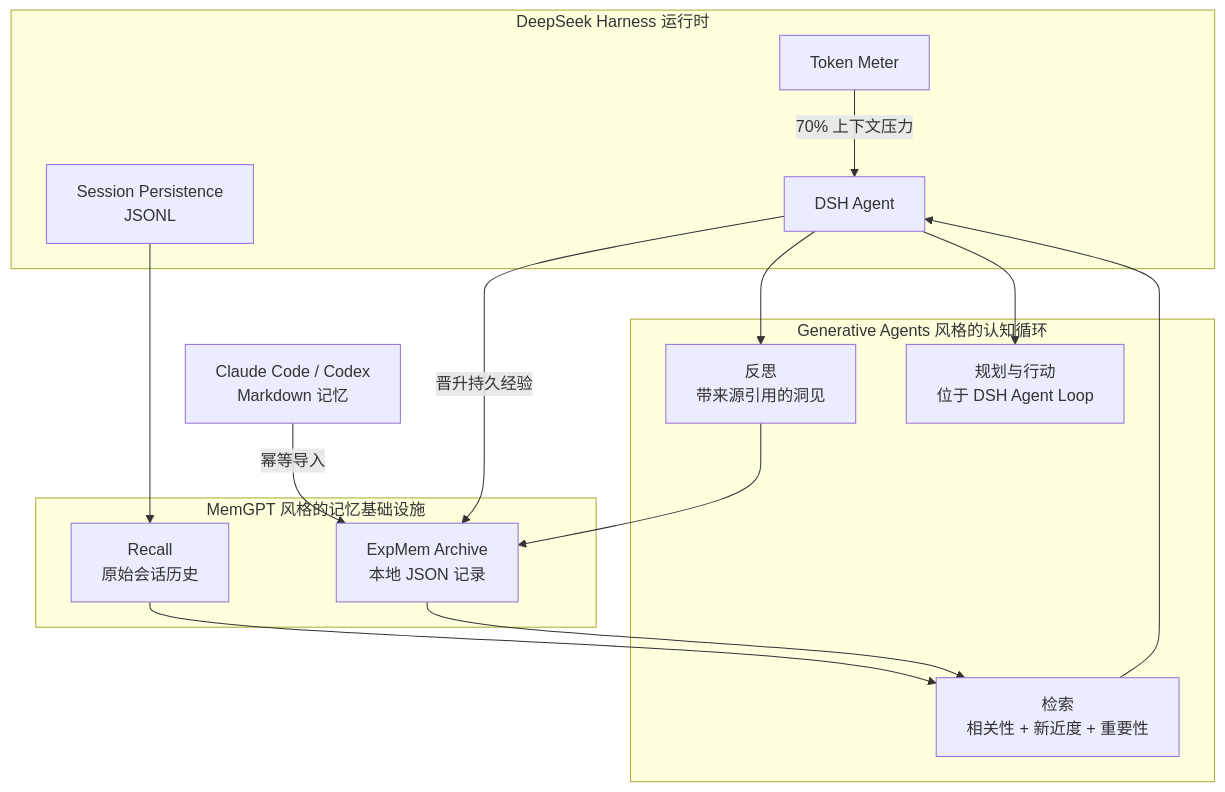
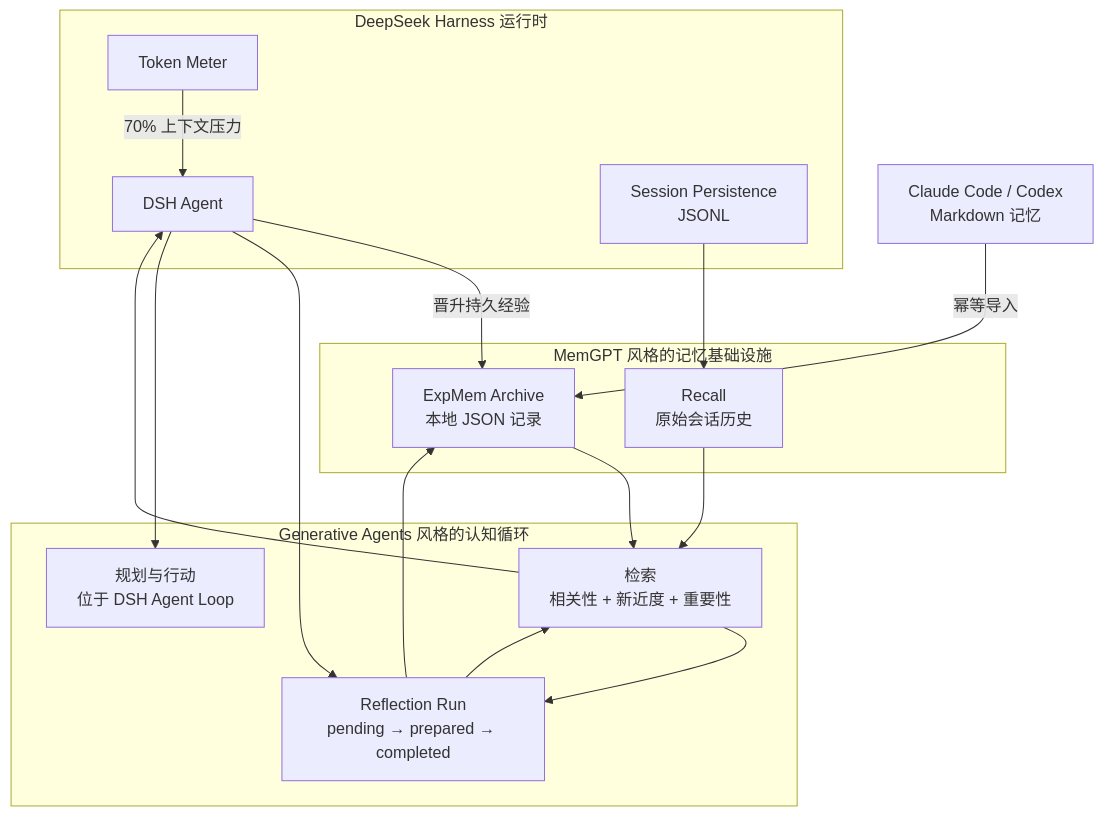
The diagram in README.zh-CN.md (creativedswork/dsh-expmem), drawn with Mermaid before and after one commit. The commit also changed other lines of this file and 9 other files, not shown here.

````diff
--- a/README.zh-CN.md
+++ b/README.zh-CN.md
@@ -21,30 +21,32 @@
 ```mermaid
 flowchart TB
   subgraph Runtime["DeepSeek Harness 运行时"]
     Agent["DSH Agent"]
     Meter["Token Meter"]
     Sessions["Session Persistence<br/>JSONL"]
   end
 
   subgraph Memory["MemGPT 风格的记忆基础设施"]
     Recall["Recall<br/>原始会话历史"]
     Archive["ExpMem Archive<br/>本地 JSON 记录"]
   end
 
   subgraph Cognition["Generative Agents 风格的认知循环"]
     Retrieve["检索<br/>相关性 + 新近度 + 重要性"]
-    Reflect["反思<br/>带来源引用的洞见"]
+    Reflect["Reflection Run<br/>pending → prepared → completed"]
     Plan["规划与行动<br/>位于 DSH Agent Loop"]
   end
 
   Sources["Claude Code / Codex<br/>Markdown 记忆"] -->|"幂等导入"| Archive
   Sessions --> Recall
   Meter -->|"70% 上下文压力"| Agent
   Recall --> Retrieve
   Archive --> Retrieve
   Retrieve --> Agent
   Agent -->|"晋升持久经验"| Archive
   Agent --> Reflect
+  Reflect --> Retrieve
+  Retrieve --> Reflect
   Reflect --> Archive
   Agent --> Plan
 ```
````
